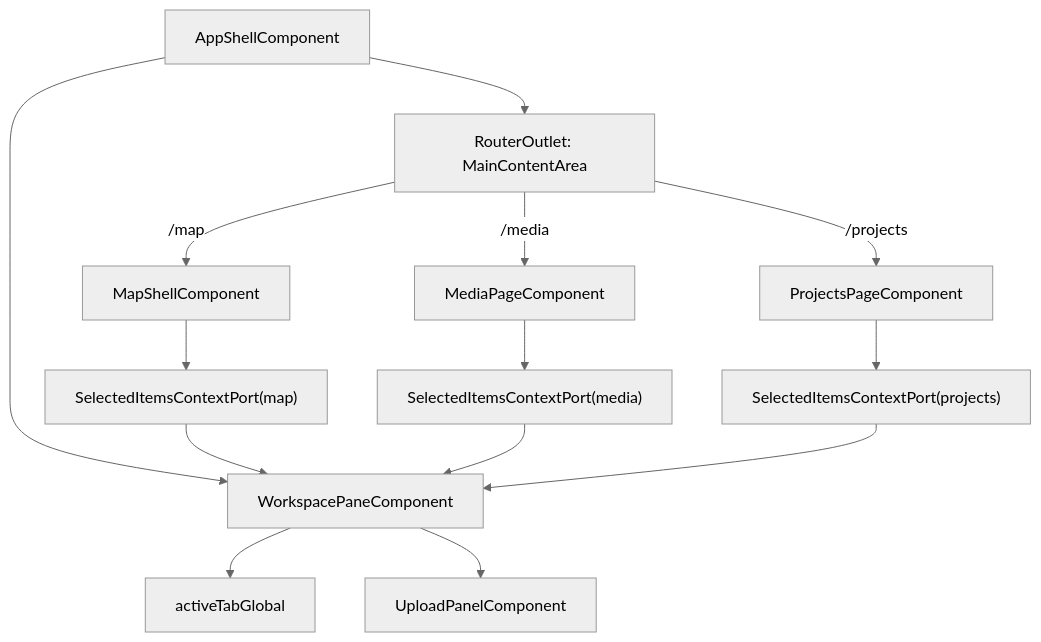
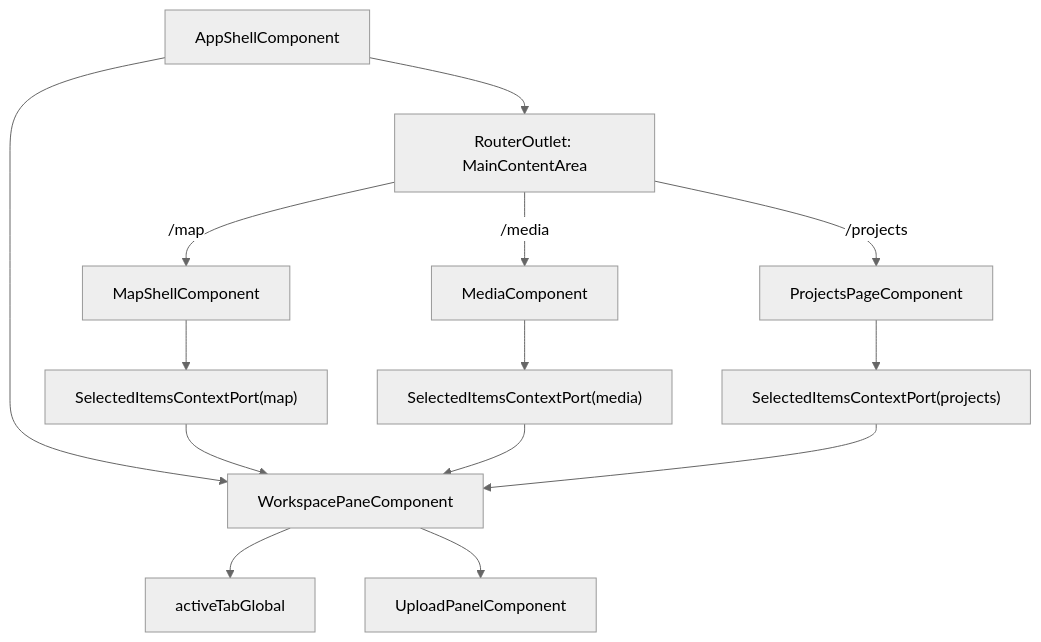
Before and after one commit to matkleve/feldpost: the second of 3 diagrams in docs/specs/page/media-page.md, drawn with Mermaid (neutral theme). The commit also changed other lines of this file and 5 other files, not shown here.

First line of the commit message:
Refactor media component architecture and error handling

````diff
--- a/docs/specs/page/media-page.md
+++ b/docs/specs/page/media-page.md
@@ -314,20 +313,20 @@
 ```mermaid
 flowchart TD
     A["AppShellComponent"] --> B["RouterOutlet: MainContentArea"]
     A --> C["WorkspacePaneComponent"]
 
     B -->|/map| D["MapShellComponent"]
-    B -->|/media| E["MediaPageComponent"]
+    B -->|/media| E["MediaComponent"]
     B -->|/projects| F["ProjectsPageComponent"]
 
     D --> G["SelectedItemsContextPort(map)"]
     E --> H["SelectedItemsContextPort(media)"]
     F --> I["SelectedItemsContextPort(projects)"]
 
     G --> C
     H --> C
     I --> C
 
     C --> J["activeTabGlobal"]
     C --> K["UploadPanelComponent"]
 ```
````
